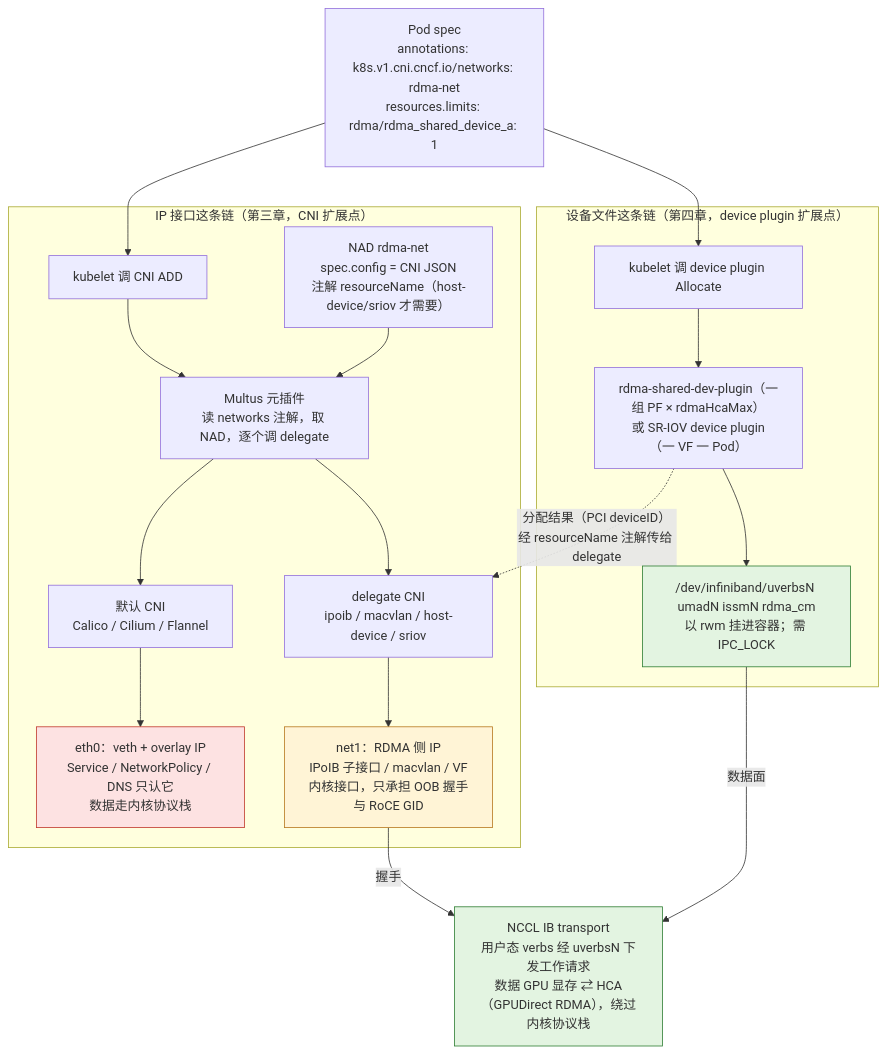
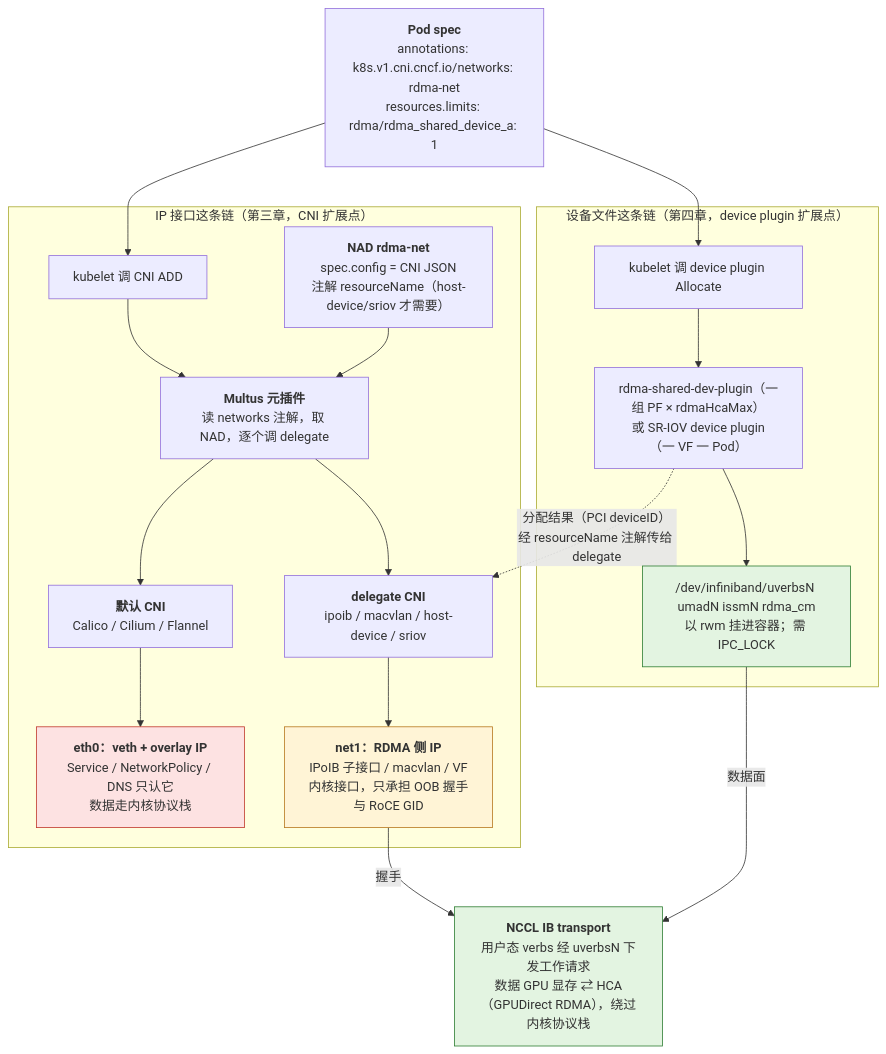
Before and after one commit to arganzheng/arganzheng.github.com: the first of 4 diagrams in _posts/2026-09-19-rdma-networking-storage-and-checkpoint-io.md, drawn with Mermaid. The commit also changed other lines of this file and 8 other files, not shown here.

First line of the commit message:
AI 平台工程：资源层与交付层：Mermaid 多行方框的首行标为标题（9 篇）

````diff
--- a/_posts/2026-09-19-rdma-networking-storage-and-checkpoint-io.md
+++ b/_posts/2026-09-19-rdma-networking-storage-and-checkpoint-io.md
@@ -140,38 +140,38 @@
 ```mermaid
 %% 图：RDMA 网卡进 Pod 的两条链：CNI 扩展点给 Pod eth0 与 net1 两个 IP 接口，device plugin 把 /dev/infiniband/* 挂进去
 flowchart TB
-    PodSpec["Pod spec<br/>annotations: k8s.v1.cni.cncf.io/networks: rdma-net<br/>resources.limits: rdma/rdma_shared_device_a: 1"]
+    PodSpec["<b>Pod spec</b><br/>annotations: k8s.v1.cni.cncf.io/networks: rdma-net<br/>resources.limits: rdma/rdma_shared_device_a: 1"]
     subgraph ipchain["IP 接口这条链（第三章，CNI 扩展点）"]
         Kubelet1["kubelet 调 CNI ADD"]
-        NAD["NAD rdma-net<br/>spec.config = CNI JSON<br/>注解 resourceName（host-device/sriov 才需要）"]
-        Multus["Multus 元插件<br/>读 networks 注解，取 NAD，逐个调 delegate"]
-        DefCNI["默认 CNI<br/>Calico / Cilium / Flannel"]
-        Delegate["delegate CNI<br/>ipoib / macvlan / host-device / sriov"]
-        Eth0["eth0：veth + overlay IP<br/>Service / NetworkPolicy / DNS 只认它<br/>数据走内核协议栈"]
-        Net1["net1：RDMA 侧 IP<br/>IPoIB 子接口 / macvlan / VF<br/>内核接口，只承担 OOB 握手与 RoCE GID"]
+        NAD["<b>NAD rdma-net</b><br/>spec.config = CNI JSON<br/>注解 resourceName（host-device/sriov 才需要）"]
+        Multus["<b>Multus 元插件</b><br/>读 networks 注解，取 NAD，逐个调 delegate"]
+        DefCNI["<b>默认 CNI</b><br/>Calico / Cilium / Flannel"]
+        Delegate["<b>delegate CNI</b><br/>ipoib / macvlan / host-device / sriov"]
+        Eth0["<b>eth0：veth + overlay IP</b><br/>Service / NetworkPolicy / DNS 只认它<br/>数据走内核协议栈"]
+        Net1["<b>net1：RDMA 侧 IP</b><br/>IPoIB 子接口 / macvlan / VF<br/>内核接口，只承担 OOB 握手与 RoCE GID"]
     end
     subgraph devchain["设备文件这条链（第四章，device plugin 扩展点）"]
         Kubelet2["kubelet 调 device plugin Allocate"]
         DP["rdma-shared-dev-plugin（一组 PF × rdmaHcaMax）<br/>或 SR-IOV device plugin（一 VF 一 Pod）"]
         DevFiles["/dev/infiniband/uverbsN umadN issmN rdma_cm<br/>以 rwm 挂进容器；需 IPC_LOCK"]
     end
-    Verbs["NCCL IB transport<br/>用户态 verbs 经 uverbsN 下发工作请求<br/>数据 GPU 显存 ⇄ HCA（GPUDirect RDMA），绕过内核协议栈"]
+    Verbs["<b>NCCL IB transport</b><br/>用户态 verbs 经 uverbsN 下发工作请求<br/>数据 GPU 显存 ⇄ HCA（GPUDirect RDMA），绕过内核协议栈"]
 
     PodSpec --> Kubelet1
     PodSpec --> Kubelet2
     Kubelet1 --> Multus
     NAD --> Multus
     Multus --> DefCNI --> Eth0
     Multus --> Delegate --> Net1
     Kubelet2 --> DP --> DevFiles
     DP -. "分配结果（PCI deviceID）经 resourceName 注解传给 delegate" .-> Delegate
     Net1 -- "握手" --> Verbs
     DevFiles -- "数据面" --> Verbs
 
     classDef kernel fill:#fde2e2,stroke:#c0392b;
     classDef bypass fill:#e3f4e1,stroke:#2e7d32;
     classDef oob fill:#fff4d6,stroke:#b7791f;
     class Eth0 kernel;
     class Net1 oob;
     class Verbs,DevFiles bypass;
 ```
````
